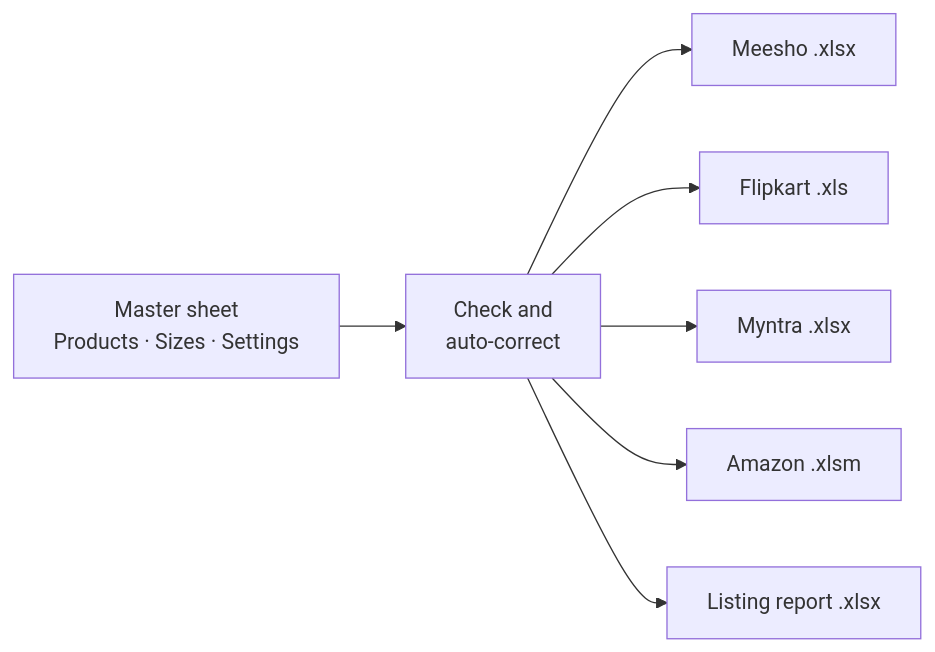
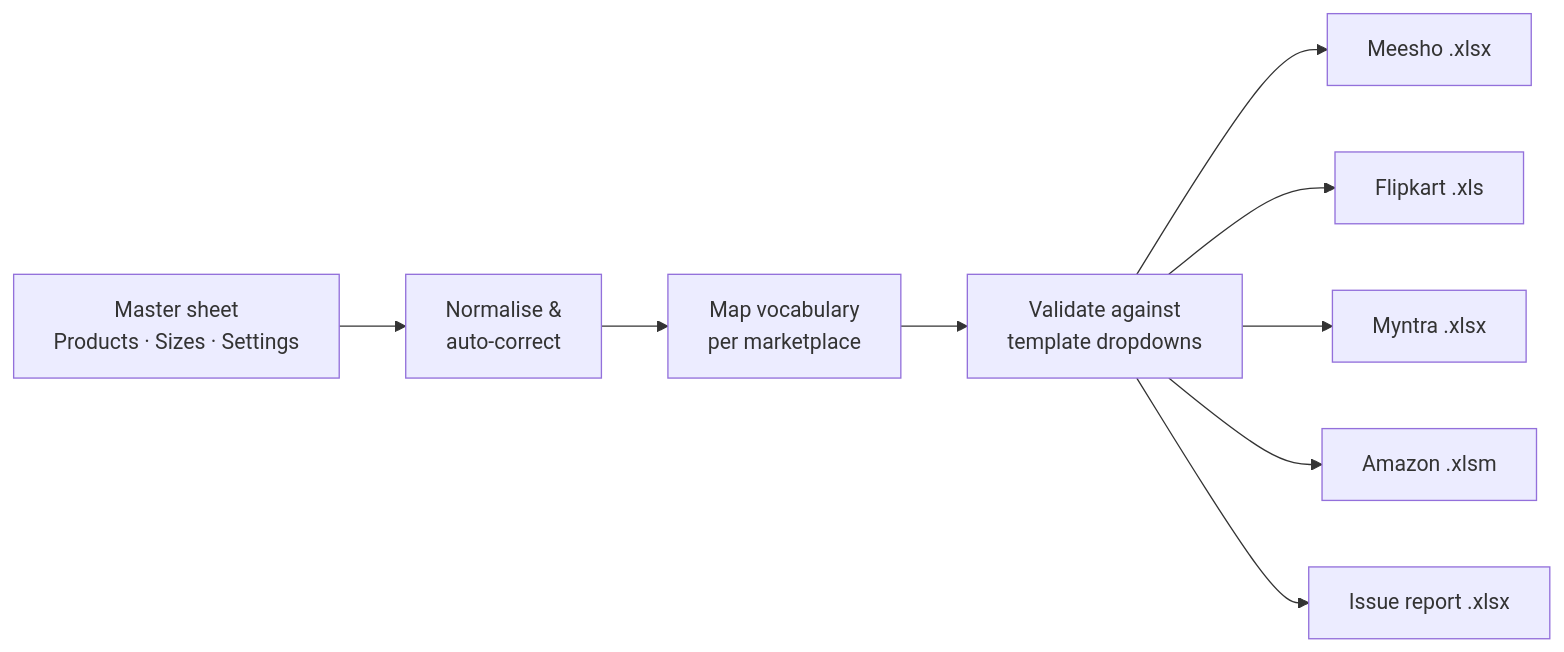
One commit to Agnik47/WKlister changed the first of 2 diagrams in README.md. Above: the diagram before and after it, drawn with Mermaid. The commit also changed other lines of this file, not shown here.

Commit message:
Rewrite README as a product page: problem, impact, architecture, accuracy

````diff
--- a/README.md
+++ b/README.md
@@ -44,9 +43,11 @@
 ```mermaid
 flowchart LR
-    A["Master sheet<br/>Products · Sizes · Settings"] --> B["Check and<br/>auto-correct"]
-    B --> M["Meesho .xlsx"]
-    B --> F["Flipkart .xls"]
-    B --> Y["Myntra .xlsx"]
-    B --> Z["Amazon .xlsm"]
-    B --> R["Listing report .xlsx"]
+    A["Master sheet<br/>Products · Sizes · Settings"] --> B["Normalise &<br/>auto-correct"]
+    B --> C["Map vocabulary<br/>per marketplace"]
+    C --> D["Validate against<br/>template dropdowns"]
+    D --> M["Meesho .xlsx"]
+    D --> F["Flipkart .xls"]
+    D --> Y["Myntra .xlsx"]
+    D --> Z["Amazon .xlsm"]
+    D --> R["Issue report .xlsx"]
 ```
````
